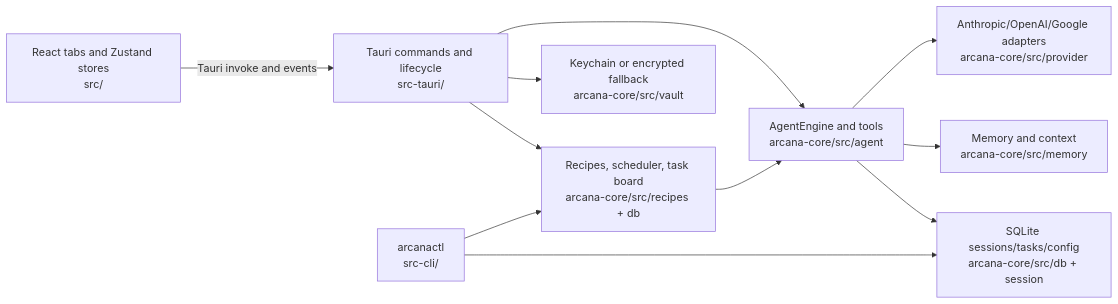
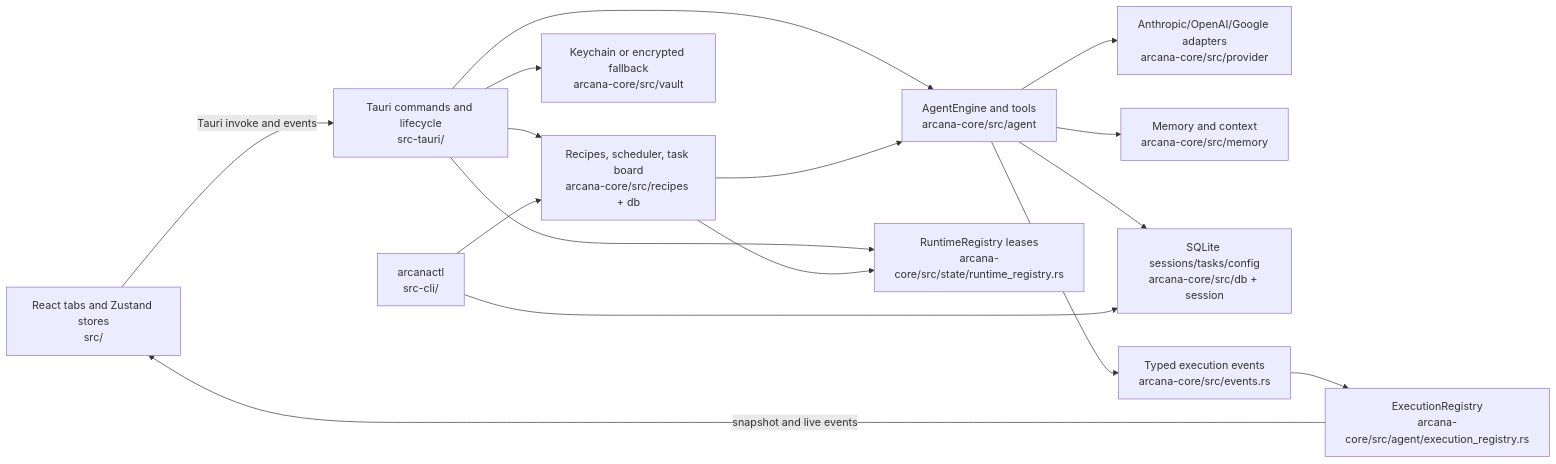
The diagram in docs/restructurization/development/PROJECT_MAP.md (raziashary/arcana), drawn with Mermaid before and after one commit. The commit also changed other lines of this file and 138 other files, not shown here.

````diff
--- a/docs/restructurization/development/PROJECT_MAP.md
+++ b/docs/restructurization/development/PROJECT_MAP.md
@@ -3,13 +3,18 @@
 ```mermaid
 flowchart LR
     UI[React tabs and Zustand stores\nsrc/] -->|Tauri invoke and events| Host[Tauri commands and lifecycle\nsrc-tauri/]
     Host --> Engine[AgentEngine and tools\narcana-core/src/agent]
     Host --> Fleet[Recipes, scheduler, task board\narcana-core/src/recipes + db]
     Engine --> Providers[Anthropic/OpenAI/Google adapters\narcana-core/src/provider]
     Engine --> Memory[Memory and context\narcana-core/src/memory]
     Engine --> Data[SQLite sessions/tasks/config\narcana-core/src/db + session]
     Fleet --> Engine
     CLI[arcanactl\nsrc-cli/] --> Fleet
     CLI --> Data
     Host --> Vault[Keychain or encrypted fallback\narcana-core/src/vault]
+    Host --> Runtime[RuntimeRegistry leases\narcana-core/src/state/runtime_registry.rs]
+    Fleet --> Runtime
+    Engine --> Events[Typed execution events\narcana-core/src/events.rs]
+    Events --> Exec[ExecutionRegistry\narcana-core/src/agent/execution_registry.rs]
+    Exec -->|snapshot and live events| UI
 ```
````
